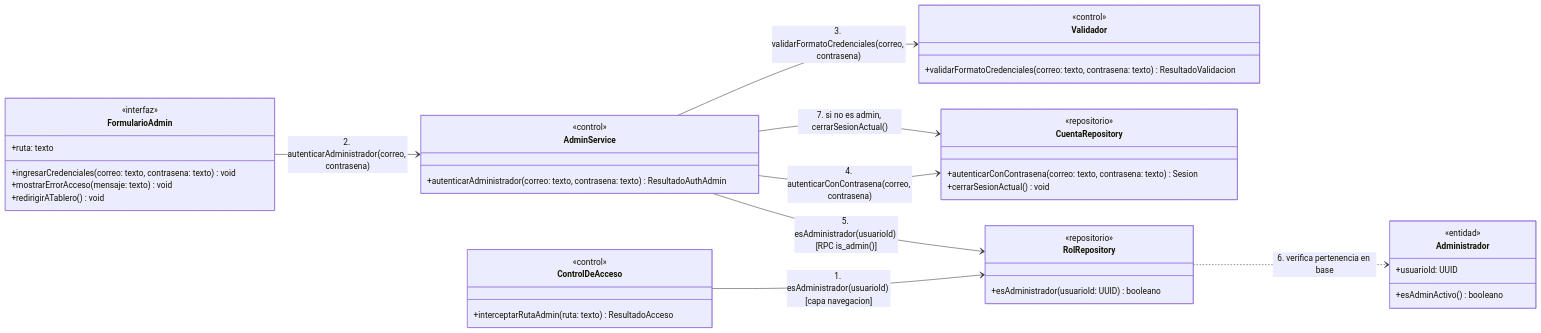
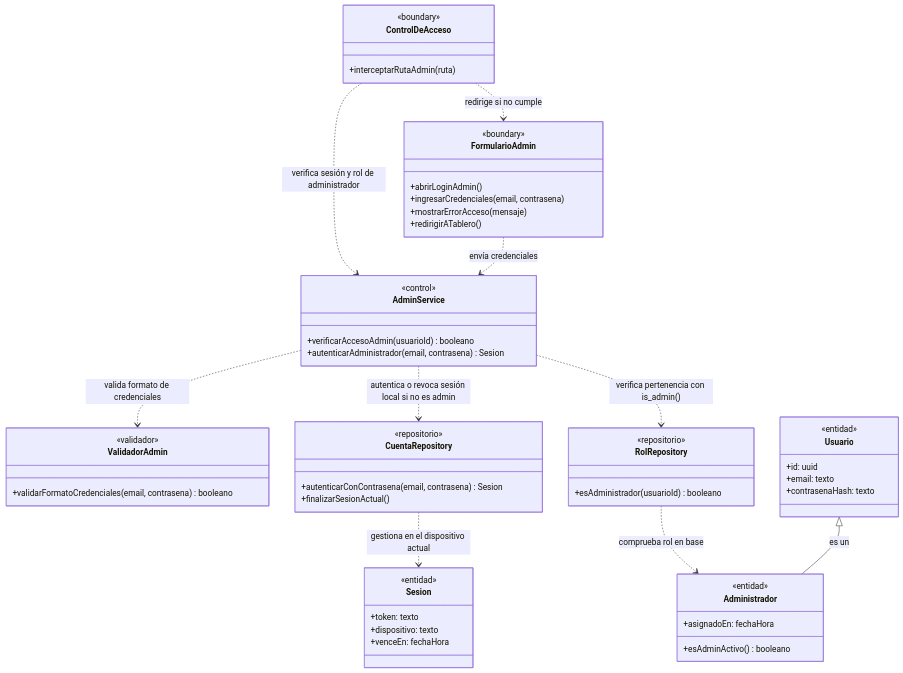
One commit to nicqletal/torneos-scraper changed the second of 7 diagrams in docs/diagramas-de-clase/administracion.md. Above: the diagram before and after it, drawn with Mermaid. The commit also changed other lines of this file and 12 other files, not shown here.

Commit message:
Correcion Diagramas de Clase

````diff
--- a/docs/diagramas-de-clase/administracion.md
+++ b/docs/diagramas-de-clase/administracion.md
@@ -169,52 +162,59 @@
 ```mermaid
 classDiagram
-    direction LR
-
-    class ControlDeAcceso {
-        <<control>>
-        +interceptarRutaAdmin(ruta: texto) ResultadoAcceso
-    }
-
-    class FormularioAdmin {
-        <<interfaz>>
-        +ruta: texto
-        +ingresarCredenciales(correo: texto, contrasena: texto) void
-        +mostrarErrorAcceso(mensaje: texto) void
-        +redirigirATablero() void
-    }
-
-    class AdminService {
-        <<control>>
-        +autenticarAdministrador(correo: texto, contrasena: texto) ResultadoAuthAdmin
-    }
-
-    class Validador {
-        <<control>>
-        +validarFormatoCredenciales(correo: texto, contrasena: texto) ResultadoValidacion
-    }
-
-    class CuentaRepository {
-        <<repositorio>>
-        +autenticarConContrasena(correo: texto, contrasena: texto) Sesion
-        +cerrarSesionActual() void
-    }
-
-    class RolRepository {
-        <<repositorio>>
-        +esAdministrador(usuarioId: UUID) booleano
-    }
-
-    class Administrador {
-        <<entidad>>
-        +usuarioId: UUID
-        +esAdminActivo() booleano
-    }
-
-    ControlDeAcceso --> RolRepository : 1. esAdministrador(usuarioId) [capa navegacion]
-    FormularioAdmin --> AdminService : 2. autenticarAdministrador(correo, contrasena)
-    AdminService --> Validador : 3. validarFormatoCredenciales(correo, contrasena)
-    AdminService --> CuentaRepository : 4. autenticarConContrasena(correo, contrasena)
-    AdminService --> RolRepository : 5. esAdministrador(usuarioId) [RPC is_admin()]
-    RolRepository ..> Administrador : 6. verifica pertenencia en base
-    AdminService --> CuentaRepository : 7. si no es admin, cerrarSesionActual()
+direction TB
+class ControlDeAcceso {
+  <<boundary>>
+  +interceptarRutaAdmin(ruta)
+}
+class FormularioAdmin {
+  <<boundary>>
+  +abrirLoginAdmin()
+  +ingresarCredenciales(email, contrasena)
+  +mostrarErrorAcceso(mensaje)
+  +redirigirATablero()
+}
+class AdminService {
+  <<control>>
+  +verificarAccesoAdmin(usuarioId) booleano
+  +autenticarAdministrador(email, contrasena) Sesion
+}
+class ValidadorAdmin {
+  <<validador>>
+  +validarFormatoCredenciales(email, contrasena) booleano
+}
+class CuentaRepository {
+  <<repositorio>>
+  +autenticarConContrasena(email, contrasena) Sesion
+  +finalizarSesionActual()
+}
+class RolRepository {
+  <<repositorio>>
+  +esAdministrador(usuarioId) booleano
+}
+class Usuario {
+  <<entidad>>
+  +id: uuid
+  +email: texto
+  +contrasenaHash: texto
+}
+class Administrador {
+  <<entidad>>
+  +asignadoEn: fechaHora
+  +esAdminActivo() booleano
+}
+class Sesion {
+  <<entidad>>
+  +token: texto
+  +dispositivo: texto
+  +venceEn: fechaHora
+}
+ControlDeAcceso ..> AdminService : verifica sesión y rol de administrador
+ControlDeAcceso ..> FormularioAdmin : redirige si no cumple
+FormularioAdmin ..> AdminService : envía credenciales
+AdminService ..> ValidadorAdmin : valida formato de credenciales
+AdminService ..> CuentaRepository : autentica o revoca sesión local si no es admin
+AdminService ..> RolRepository : verifica pertenencia con is_admin()
+CuentaRepository ..> Sesion : gestiona en el dispositivo actual
+RolRepository ..> Administrador : comprueba rol en base
+Usuario <|-- Administrador : es un
 ```
````
